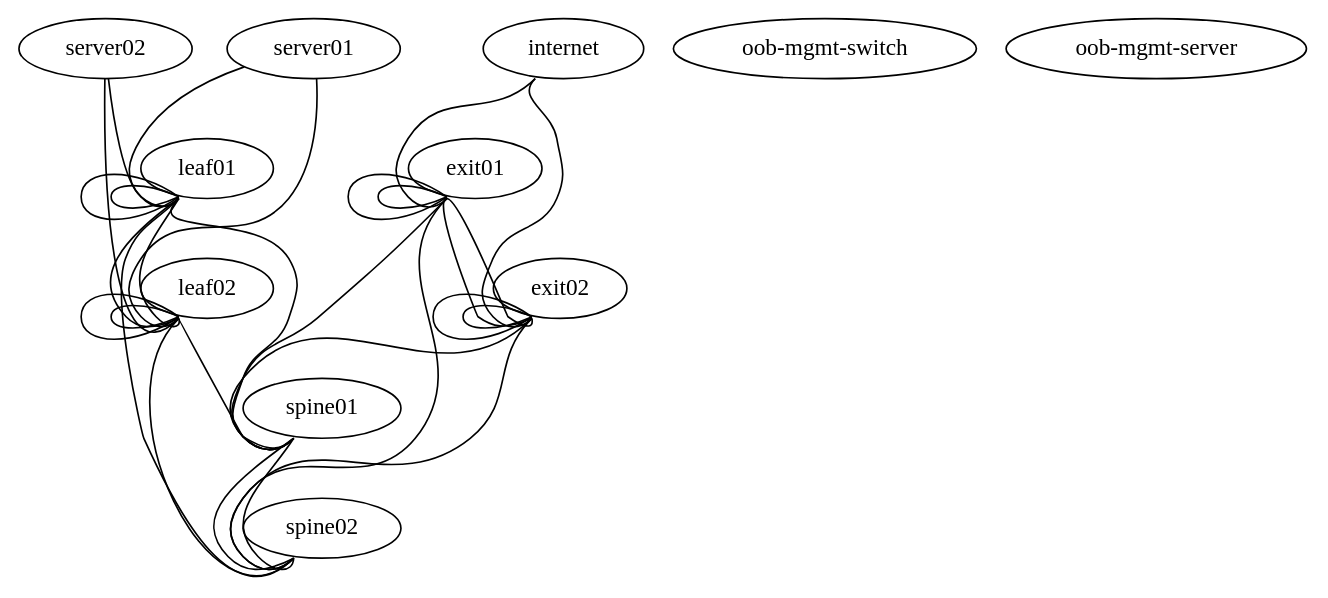
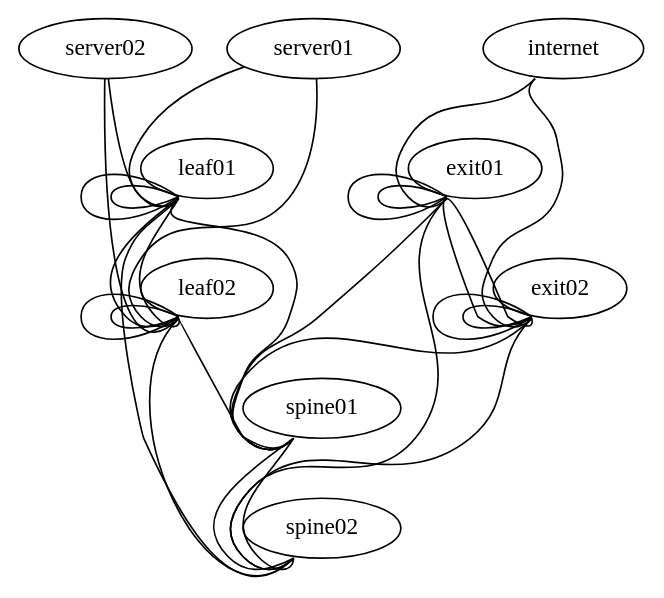
One commit to routemypacket/cumulus-lab changed the diagram in sim-thg/topology.dot. Above: the diagram before and after it, drawn with Graphviz.

Commit message:
Removed internet and oob from topo.dot

```diff
--- a/sim-thg/topology.dot
+++ b/sim-thg/topology.dot
@@ -1,49 +1,47 @@
 graph vx {
  "leaf01" [function="leaf" os="CumulusCommunity/cumulus-vx" version="3.6.2" memory="768" config="./helper_scripts/config_switch.sh" ]
  "leaf02" [function="leaf" os="CumulusCommunity/cumulus-vx" version="3.6.2" memory="768" config="./helper_scripts/config_switch.sh" ]
  "spine01" [function="spine" os="CumulusCommunity/cumulus-vx" version="3.6.2" memory="768" config="./helper_scripts/config_switch.sh" ]
  "spine02" [function="spine" os="CumulusCommunity/cumulus-vx" version="3.6.2" memory="768" config="./helper_scripts/config_switch.sh" ]
  "exit01" [function="exit" os="CumulusCommunity/cumulus-vx" version="3.6.2" memory="768" config="./helper_scripts/config_switch.sh" ]
  "exit02" [function="exit" os="CumulusCommunity/cumulus-vx" version="3.6.2" memory="768" config="./helper_scripts/config_switch.sh" ]
  "server01" [function="host" os="yk0/ubuntu-xenial" memory="512" config="./helper_scripts/config_server.sh" ]
  "server02" [function="host" os="yk0/ubuntu-xenial" memory="512" config="./helper_scripts/config_server.sh" ]
- "internet" [function="internet" vagrant="swp12" os="CumulusCommunity/cumulus-vx" version="3.6.2" memory="768" config="./helper_scripts/config_internet.sh" ]
- "oob-mgmt-switch" [function="oob-switch" vagrant="eth0" os="CumulusCommunity/cumulus-vx" version="3.6.2" memory="768" config="./helper_scripts/config_oob_switch.sh" ]
- "oob-mgmt-server" [function="oob-server" vagrant="eth0" os="CumulusCommunity/vx_oob_server" version="1.0.4" memory="1024" config="./helper_scripts/config_oob_server.sh" ]
+ "internet" [function="internet" os="CumulusCommunity/cumulus-vx" version="3.6.2" memory="768" config="./helper_scripts/config_internet.sh" ]
  
  "leaf01":"swp15" -- "spine01":"swp1"
  "leaf02":"swp15" -- "spine01":"swp2"
  "leaf01":"swp16" -- "spine02":"swp1"
  "leaf02":"swp16" -- "spine02":"swp2"
 
  "leaf01":"swp13" -- "leaf02":"swp13"
  "leaf01":"swp14" -- "leaf02":"swp14"
 
  "spine01":"swp15" -- "spine02":"swp15"
  "spine01":"swp16" -- "spine02":"swp16"
  "exit01":"swp13" -- "exit02":"swp13"
  "exit01":"swp14" -- "exit02":"swp14"
 
  "server01":"eth1" -- "leaf01":"swp1" [left_mac="00:03:00:11:11:01"]
  "server01":"eth2" -- "leaf02":"swp1" [left_mac="00:03:00:11:11:02"]
  "server02":"eth1" -- "leaf01":"swp2" [left_mac="00:03:00:22:22:01"]
  "server02":"eth2" -- "leaf02":"swp2" [left_mac="00:03:00:22:22:02"]
 
  "exit01":"swp15" -- "spine01":"swp14"
  "exit01":"swp16" -- "spine02":"swp14"
  "exit02":"swp15" -- "spine01":"swp13"
  "exit02":"swp16" -- "spine02":"swp13"
  "exit01":"swp9" -- "exit01":"swp10"
  "exit01":"swp11" -- "exit01":"swp12"
  "exit02":"swp9" -- "exit02":"swp10"
  "exit02":"swp11" -- "exit02":"swp12"
 
  "leaf01":"swp9" -- "leaf01":"swp10"
  "leaf01":"swp11" -- "leaf01":"swp12"
  "leaf02":"swp9" -- "leaf02":"swp10"
  "leaf02":"swp11" -- "leaf02":"swp12"
 
  "internet":"swp1" -- "exit01":"swp8"
  "internet":"swp2" -- "exit02":"swp8"
 
 }
```
